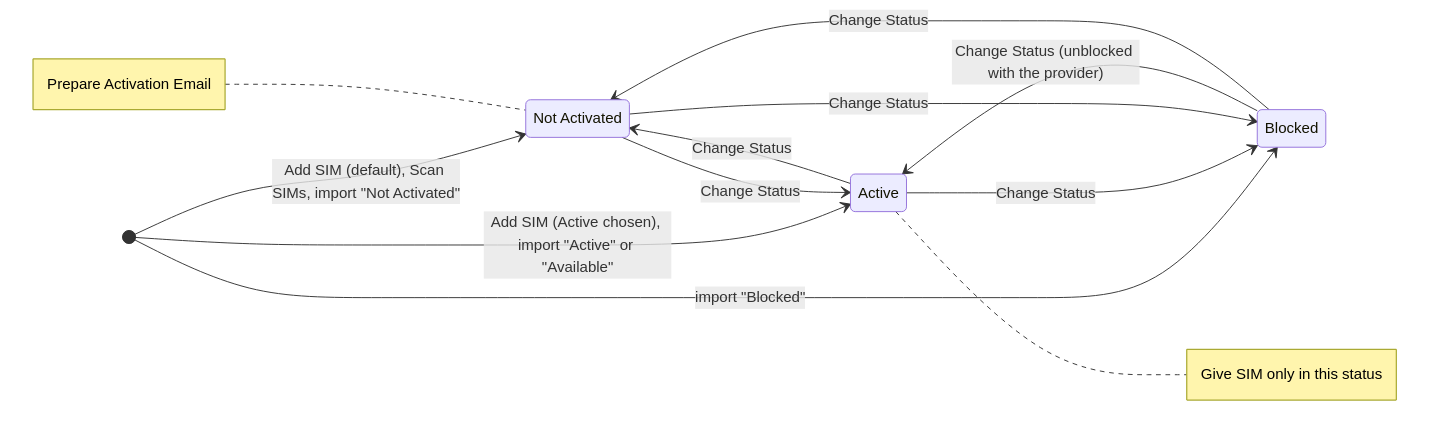
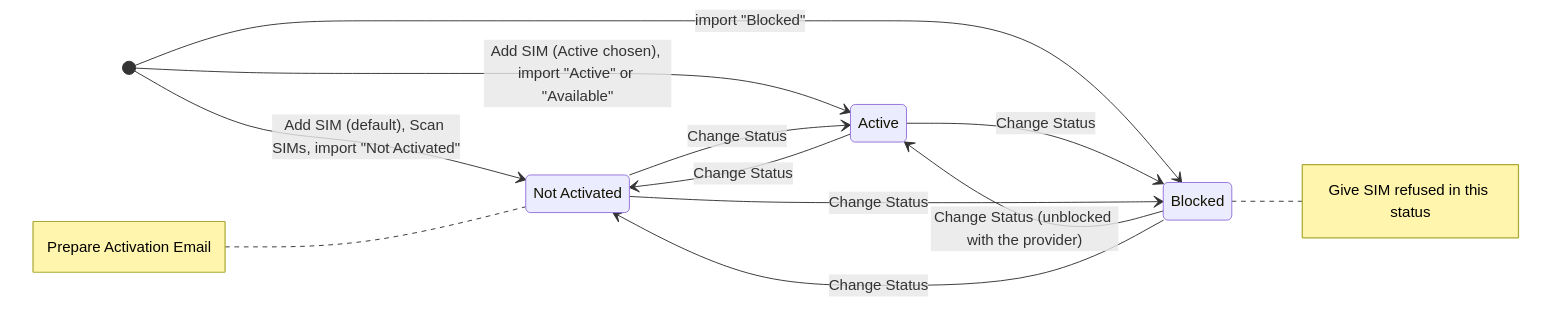
The first of 5 diagrams in docs/architecture/sim-card-state-machine.md (remisb/ppe-next2), drawn with Mermaid before and after one commit. The commit also changed other lines of this file and 15 other files, not shown here.

First line of the commit message:
Company Assets: give a Not Activated SIM; only a Blocked one is refused

````diff
--- a/docs/architecture/sim-card-state-machine.md
+++ b/docs/architecture/sim-card-state-machine.md
@@ -17,18 +17,18 @@
 ```mermaid
 stateDiagram-v2
   direction LR
   state "Not Activated" as NOT_ACTIVATED
   state "Active" as ACTIVE
   state "Blocked" as BLOCKED
   [*] --> NOT_ACTIVATED : Add SIM (default), Scan SIMs, import "Not Activated"
   [*] --> ACTIVE : Add SIM (Active chosen), import "Active" or "Available"
   [*] --> BLOCKED : import "Blocked"
   NOT_ACTIVATED --> ACTIVE : Change Status
   ACTIVE --> NOT_ACTIVATED : Change Status
   ACTIVE --> BLOCKED : Change Status
   BLOCKED --> ACTIVE : Change Status (unblocked with the provider)
   NOT_ACTIVATED --> BLOCKED : Change Status
   BLOCKED --> NOT_ACTIVATED : Change Status
-  note right of ACTIVE : Give SIM only in this status
+  note right of BLOCKED : Give SIM refused in this status
   note left of NOT_ACTIVATED : Prepare Activation Email
 ```
````
